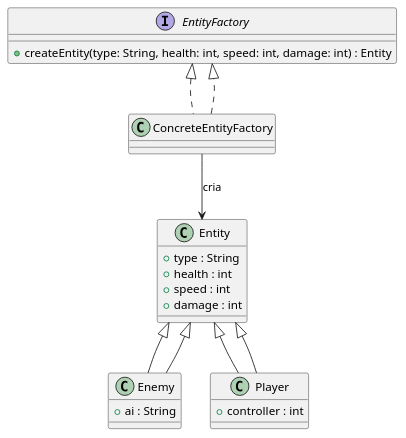
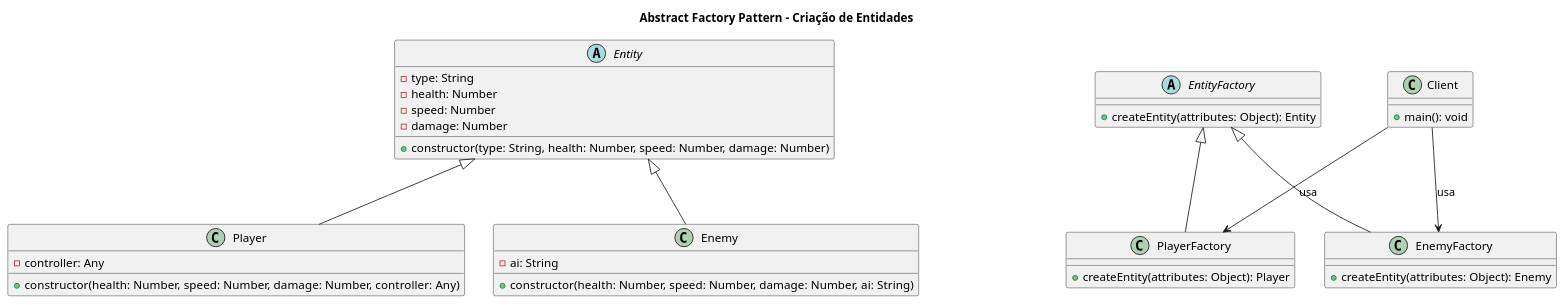
Before and after one commit to AdrianoVictorCode/seminario-ppr-criacional-abstractfactory: the diagram in AbstractFactory.md, drawn with PlantUML. The commit also changed other lines of this file and 1 other file, not shown here.

```diff
--- a/AbstractFactory.md
+++ b/AbstractFactory.md
@@ -7,31 +17,50 @@
 @startuml
-' Interface para a Abstract Factory
-interface EntityFactory {
-    + createEntity(type: String, health: int, speed: int, damage: int) : Entity
+title Abstract Factory Pattern - Criação de Entidades
+
+' Abstract Product
+abstract class Entity {
+  - type: String
+  - health: Number
+  - speed: Number
+  - damage: Number
+  + constructor(type: String, health: Number, speed: Number, damage: Number)
 }
 
-' Implementação concreta da fábrica
-class ConcreteEntityFactory implements EntityFactory
-
-' Classe base Entity
-class Entity {
-    + type : String
-    + health : int
-    + speed : int
-    + damage : int
+' Concrete Products
+class Player {
+  - controller: Any
+  + constructor(health: Number, speed: Number, damage: Number, controller: Any)
 }
 
-' Subclasses específicas
-class Enemy extends Entity {
-    + ai : String
+class Enemy {
+  - ai: String
+  + constructor(health: Number, speed: Number, damage: Number, ai: String)
 }
 
-class Player extends Entity {
-    + controller : int
+Entity <|-- Player
+Entity <|-- Enemy
+
+' Abstract Factory
+abstract class EntityFactory {
+  + createEntity(attributes: Object): Entity
 }
 
-ConcreteEntityFactory ..|> EntityFactory
-ConcreteEntityFactory --> Entity : "cria"
-Entity <|-- Enemy
-Entity <|-- Player
+' Concrete Factories
+class PlayerFactory {
+  + createEntity(attributes: Object): Player
+}
+class EnemyFactory {
+  + createEntity(attributes: Object): Enemy
+}
+
+EntityFactory <|-- PlayerFactory
+EntityFactory <|-- EnemyFactory
+
+' Client (Exemplo de uso)
+class Client {
+  + main(): void
+}
+
+Client --> PlayerFactory : usa
+Client --> EnemyFactory : usa
 @enduml
```
